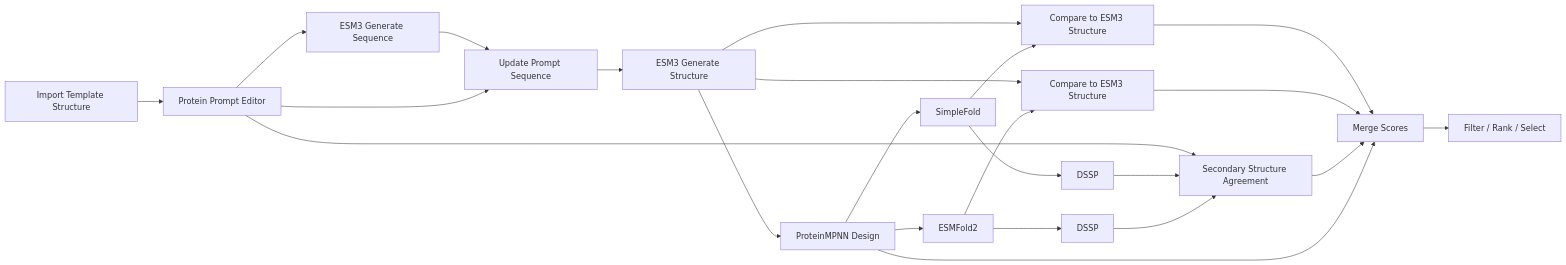
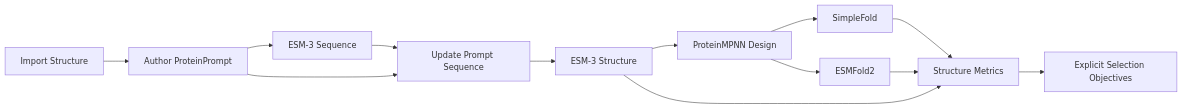
The second of 2 diagrams in docs/protein_workbench_architecture.md (natsusorahoshinochan-max/modules-ESM), drawn with Mermaid before and after one commit. The commit also changed other lines of this file and 155 other files, not shown here.

Commit message:
refactor: unify scientific workflow architecture

````diff
--- a/docs/protein_workbench_architecture.md
+++ b/docs/protein_workbench_architecture.md
@@ -1490,31 +542,15 @@
 ```mermaid
 flowchart LR
-    INPUT[Import Template Structure] --> EDIT[Protein Prompt Editor]
-    EDIT --> ESMSEQ[ESM3 Generate Sequence]
-    ESMSEQ --> UPDATE[Update Prompt Sequence]
-    EDIT --> UPDATE
-    UPDATE --> ESMSTRUCT[ESM3 Generate Structure]
-
-    ESMSTRUCT --> MPNN[ProteinMPNN Design]
-    MPNN --> SF[SimpleFold]
-    MPNN --> EF[ESMFold2]
-
-    ESMSTRUCT --> CMP1[Compare to ESM3 Structure]
-    SF --> CMP1
-
-    ESMSTRUCT --> CMP2[Compare to ESM3 Structure]
-    EF --> CMP2
-
-    SF --> DSSP1[DSSP]
-    EF --> DSSP2[DSSP]
-    EDIT --> SSCORE[Secondary Structure Agreement]
-    DSSP1 --> SSCORE
-    DSSP2 --> SSCORE
-
-    CMP1 --> MERGE[Merge Scores]
-    CMP2 --> MERGE
-    SSCORE --> MERGE
-    MPNN --> MERGE
-
-    MERGE --> SELECT[Filter / Rank / Select]
+    INPUT["Import Structure"] --> PROMPT["Author ProteinPrompt"]
+    PROMPT --> ESMSEQ["ESM-3 Sequence"]
+    ESMSEQ --> UPDATE["Update Prompt Sequence"]
+    PROMPT --> UPDATE
+    UPDATE --> ESMSTRUCT["ESM-3 Structure"]
+    ESMSTRUCT --> MPNN["ProteinMPNN Design"]
+    MPNN --> SF["SimpleFold"]
+    MPNN --> EF["ESMFold2"]
+    SF --> CMP["Structure Metrics"]
+    EF --> CMP
+    ESMSTRUCT --> CMP
+    CMP --> SELECT["Explicit Selection Objectives"]
 ```
````
